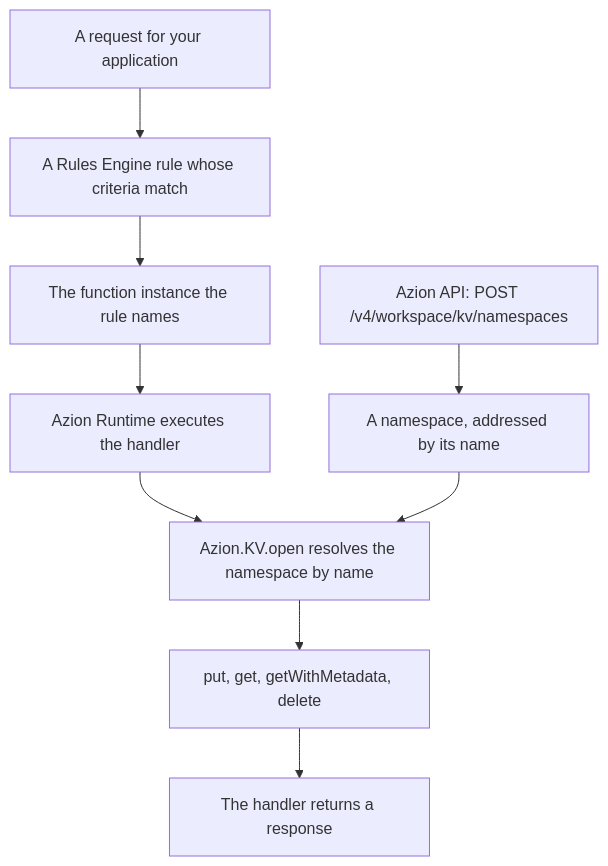
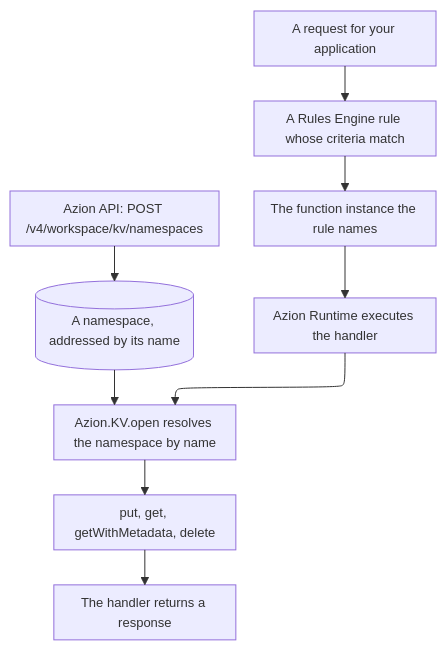
The diagram in apps/docs/src/content/docs/en/pages/main-menu/reference/store/kv-store/kv-store.mdx (aziontech/docs), drawn with Mermaid before and after one commit. The commit also changed 179 other files, not shown here.

Commit message:
docs(diagrams): redraw every other diagram in the use-case diagram style (#2513)

````diff
--- a/apps/docs/src/content/docs/en/pages/main-menu/reference/store/kv-store/kv-store.mdx
+++ b/apps/docs/src/content/docs/en/pages/main-menu/reference/store/kv-store/kv-store.mdx
@@ -56,11 +56,12 @@
 ```mermaid
+%%{init: {"layout": "elk", "elk": {"layeringStrategy": "LONGEST_PATH_SOURCE"}, "themeVariables": {"fontSize": "13px"}, "flowchart": {"nodeSpacing": 24, "rankSpacing": 36, "padding": 8, "wrappingWidth": 150, "useMaxWidth": true}, "sequence": {"width": 120, "actorMargin": 30, "useMaxWidth": true}}}%%
 flowchart TD
-  API["Azion API: POST /v4/workspace/kv/namespaces"] --> NS["A namespace, addressed by its name"]
+  API["Azion API: POST /v4/workspace/kv/namespaces"] --> NS[("A namespace, addressed by its name")]
   Request["A request for your application"] --> Rule["A Rules Engine rule whose criteria match"]
   Rule --> Instance["The function instance the rule names"]
   Instance --> Runtime["Azion Runtime executes the handler"]
   Runtime --> Open["Azion.KV.open resolves the namespace by name"]
   NS --> Open
   Open --> Ops["put, get, getWithMetadata, delete"]
   Ops --> Response["The handler returns a response"]
 ```
````
